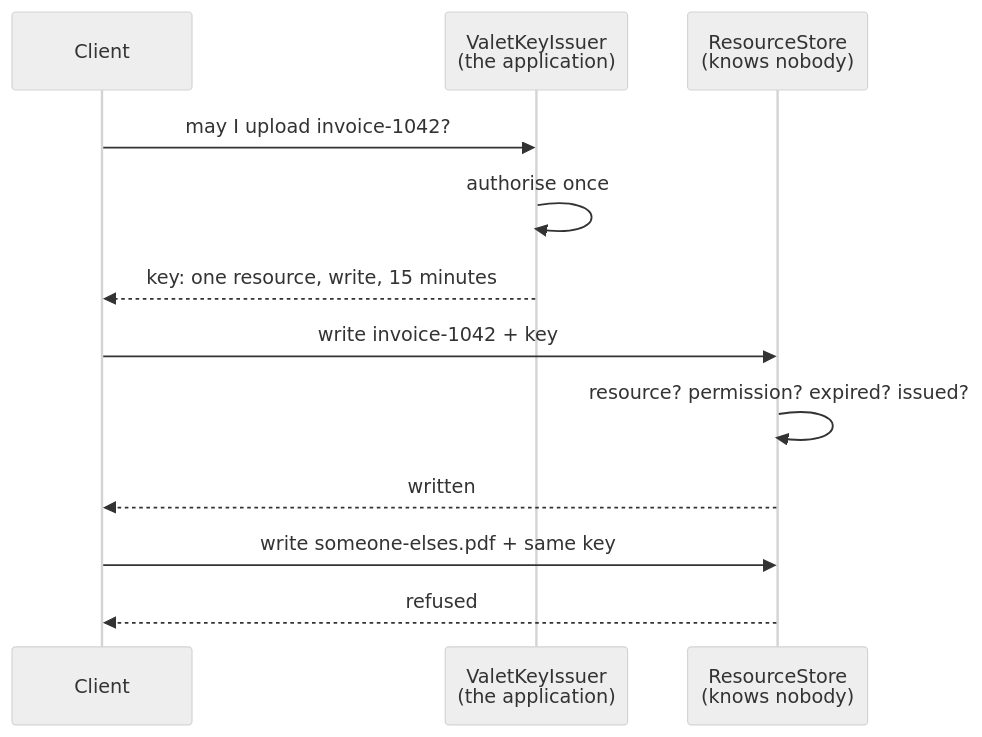
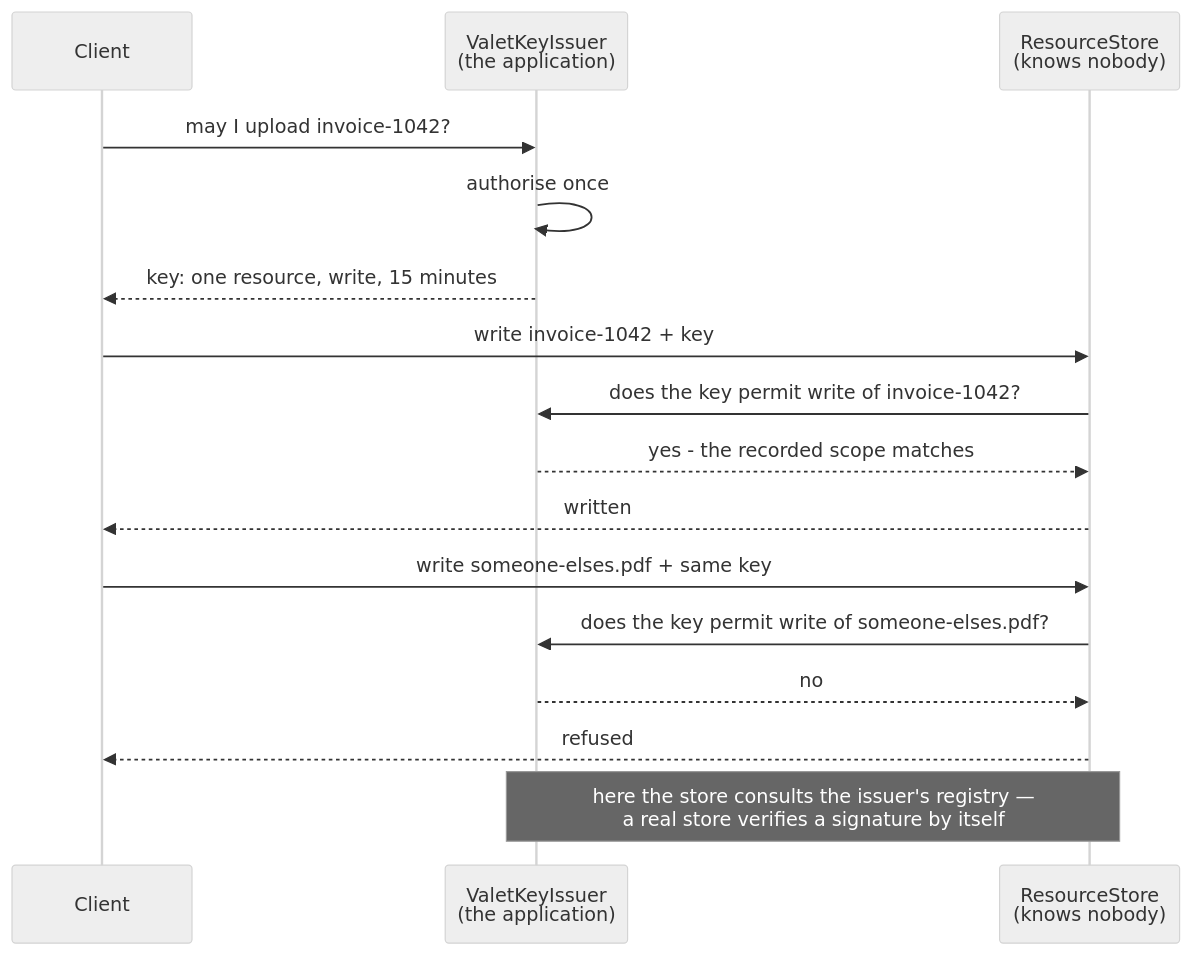
One commit to brijeshspatel/csharp-project-002-cloud-design-patterns changed the diagram in patterns/ValetKey/README.md. Above: the diagram before and after it, drawn with Mermaid (neutral theme). The commit also changed other lines of this file and 49 other files, not shown here.

````diff
--- a/patterns/ValetKey/README.md
+++ b/patterns/ValetKey/README.md
@@ -58,14 +58,18 @@
 ```mermaid
 sequenceDiagram
     participant Client
     participant App as ValetKeyIssuer<br/>(the application)
     participant Store as ResourceStore<br/>(knows nobody)
     Client->>App: may I upload invoice-1042?
     App->>App: authorise once
     App-->>Client: key: one resource, write, 15 minutes
     Client->>Store: write invoice-1042 + key
-    Store->>Store: resource? permission? expired? issued?
+    Store->>App: does the key permit write of invoice-1042?
+    App-->>Store: yes - the recorded scope matches
     Store-->>Client: written
     Client->>Store: write someone-elses.pdf + same key
+    Store->>App: does the key permit write of someone-elses.pdf?
+    App-->>Store: no
     Store-->>Client: refused
+    note over App,Store: here the store consults the issuer's registry —<br/>a real store verifies a signature by itself
 ```
````
